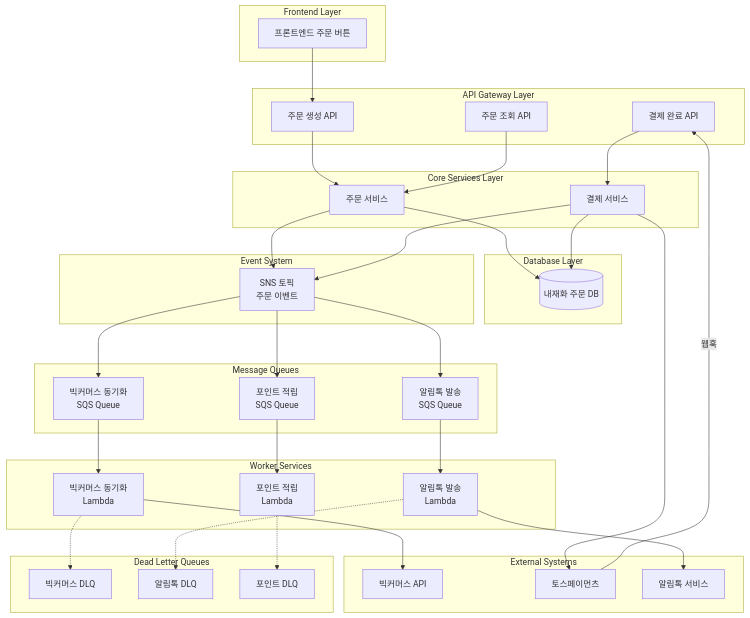
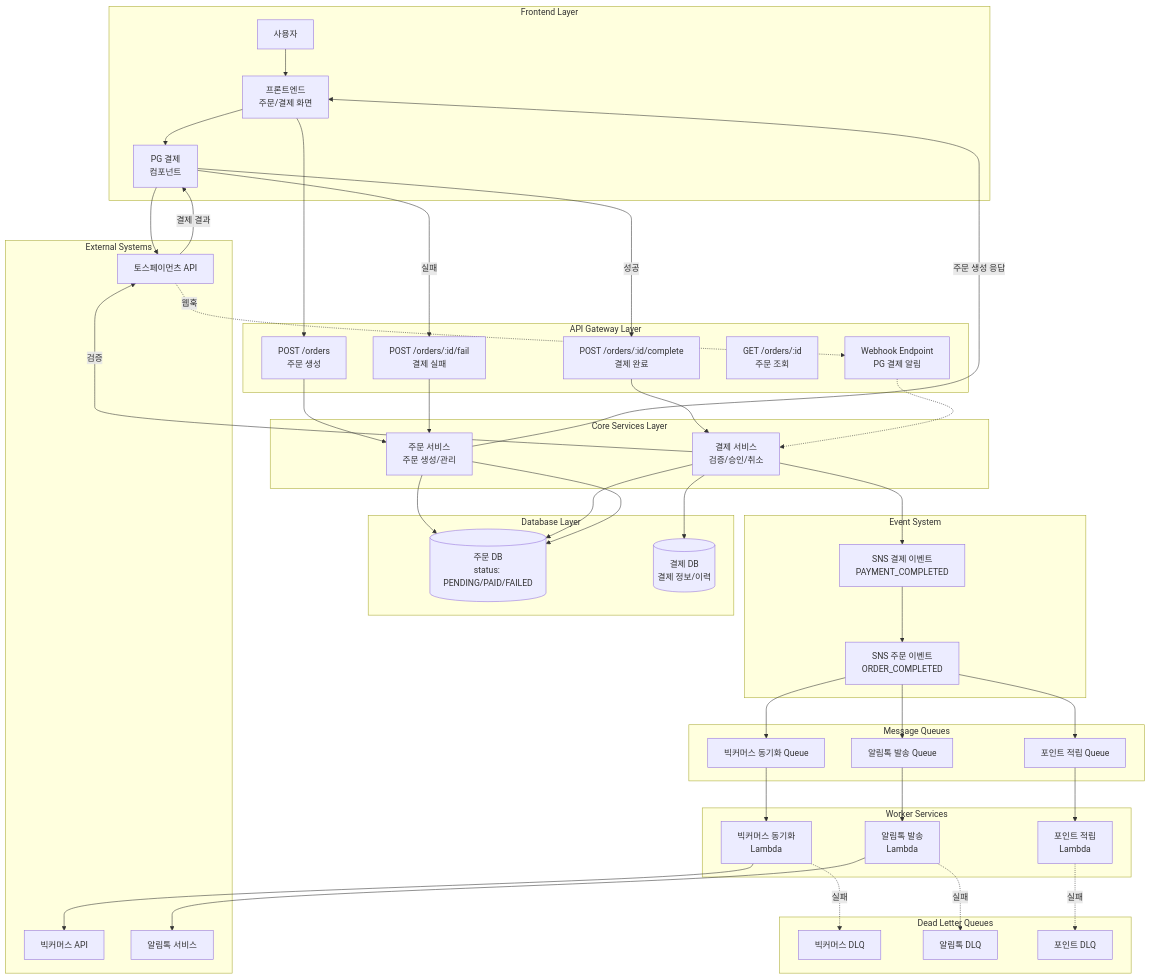
One commit to easdkr/tech-blog changed the first of 10 diagrams in docs/posts/order/migration-design.md. Above: the diagram before and after it, drawn with Mermaid. The commit also changed other lines of this file, not shown here.

````diff
--- a/docs/posts/order/migration-design.md
+++ b/docs/posts/order/migration-design.md
@@ -16,79 +24,105 @@
 ```mermaid
 graph TB
-    subgraph "Frontend Layer"
-        A1[프론트엔드 주문 버튼]
+    subgraph FrontendLayer[Frontend Layer]
+        A1[사용자]
+        A2[프론트엔드<br/>주문/결제 화면]
+        A3[PG 결제<br/>컴포넌트]
     end
 
-    subgraph "API Gateway Layer"
-        B1[주문 생성 API]
-        B2[결제 완료 API]
-        B3[주문 조회 API]
+    subgraph APIGateway[API Gateway Layer]
+        B1[POST /orders<br/>주문 생성]
+        B2[POST /orders/:id/complete<br/>결제 완료]
+        B3[POST /orders/:id/fail<br/>결제 실패]
+        B4[GET /orders/:id<br/>주문 조회]
+        B5[Webhook Endpoint<br/>PG 결제 알림]
     end
 
-    subgraph "Core Services Layer"
-        C1[주문 서비스]
-        C2[결제 서비스]
+    subgraph CoreServices[Core Services Layer]
+        C1[주문 서비스<br/>주문 생성/관리]
+        C2[결제 서비스<br/>검증/승인/취소]
     end
 
-    subgraph "Database Layer"
-        D1[(내재화 주문 DB)]
+    subgraph Database[Database Layer]
+        D1[(주문 DB<br/>status: PENDING/PAID/FAILED)]
+        D2[(결제 DB<br/>결제 정보/이력)]
     end
 
-    subgraph "Event System"
-        E1[SNS 토픽<br/>주문 이벤트]
+    subgraph EventSystem[Event System]
+        E1[SNS 주문 이벤트<br/>ORDER_COMPLETED]
+        E2[SNS 결제 이벤트<br/>PAYMENT_COMPLETED]
     end
 
-    subgraph "Message Queues"
-        F1[빅커머스 동기화<br/>SQS Queue]
-        F2[알림톡 발송<br/>SQS Queue]
-        F4[포인트 적립<br/>SQS Queue]
+    subgraph MessageQueues[Message Queues]
+        F1[빅커머스 동기화 Queue]
+        F2[알림톡 발송 Queue]
+        F4[포인트 적립 Queue]
     end
 
-    subgraph "Worker Services"
+    subgraph WorkerServices[Worker Services]
         G1[빅커머스 동기화<br/>Lambda]
         G2[알림톡 발송<br/>Lambda]
         G4[포인트 적립<br/>Lambda]
     end
 
-    subgraph "External Systems"
+    subgraph ExternalSystems[External Systems]
         H1[빅커머스 API]
-        H2[토스페이먼츠]
+        H2[토스페이먼츠 API]
         H3[알림톡 서비스]
     end
 
-    subgraph "Dead Letter Queues"
+    subgraph DLQ[Dead Letter Queues]
         I1[빅커머스 DLQ]
         I2[알림톡 DLQ]
         I4[포인트 DLQ]
     end
 
-    A1 --> B1
+    %% 주문 생성 플로우
+    A1 --> A2
+    A2 --> B1
+    B1 --> C1
+    C1 --> D1
+    C1 -->|주문 생성 응답| A2
 
-    B1 --> C1
+    %% 결제 플로우
+    A2 --> A3
+    A3 --> H2
+    H2 -->|결제 결과| A3
+    A3 -->|성공| B2
+    A3 -->|실패| B3
+
+    %% 결제 완료 처리
     B2 --> C2
+    C2 -->|검증| H2
+    C2 --> D1
+    C2 --> D2
+    C2 --> E2
+
+    %% 결제 실패 처리
     B3 --> C1
+    C1 --> D1
 
-    C1 --> D1
-    C2 --> D1
+    %% 웹훅 처리
+    H2 -.->|웹훅| B5
+    B5 -.-> C2
 
-    C1 --> E1
-    C2 --> E1
-
+        %% 이벤트 처리
     E1 --> F1
     E1 --> F2
     E1 --> F4
 
+    E2 --> E1
+
+    %% 워커 처리
     F1 --> G1
     F2 --> G2
     F4 --> G4
 
     G1 --> H1
     G2 --> H3
-    C2 --> H2
-    H2 -->|웹훅| B2
 
-    G1 -.-> I1
-    G2 -.-> I2
-    G4 -.-> I4
+    %% DLQ 처리
+    G1 -.->|실패| I1
+    G2 -.->|실패| I2
+    G4 -.->|실패| I4
 
 ```
````
